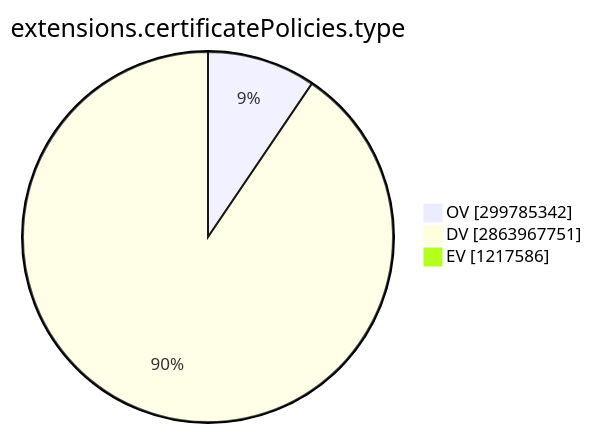
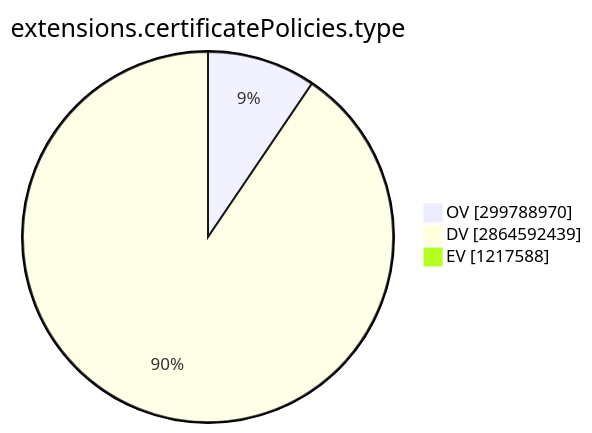
Before and after one commit to christiankrug/ctmonitor_visualization: the ninth of 15 diagrams in TOTAL/README.md, drawn with Mermaid. The commit also changed other lines of this file, not shown here.

````diff
--- a/TOTAL/README.md
+++ b/TOTAL/README.md
@@ -3101,7 +3101,7 @@
 ```mermaid
 pie showData
 title extensions.certificatePolicies.type
-"OV" :299785342
-"DV" :2863967751
-"EV" :1217586
+"OV" :299788970
+"DV" :2864592439
+"EV" :1217588
 ```
````
